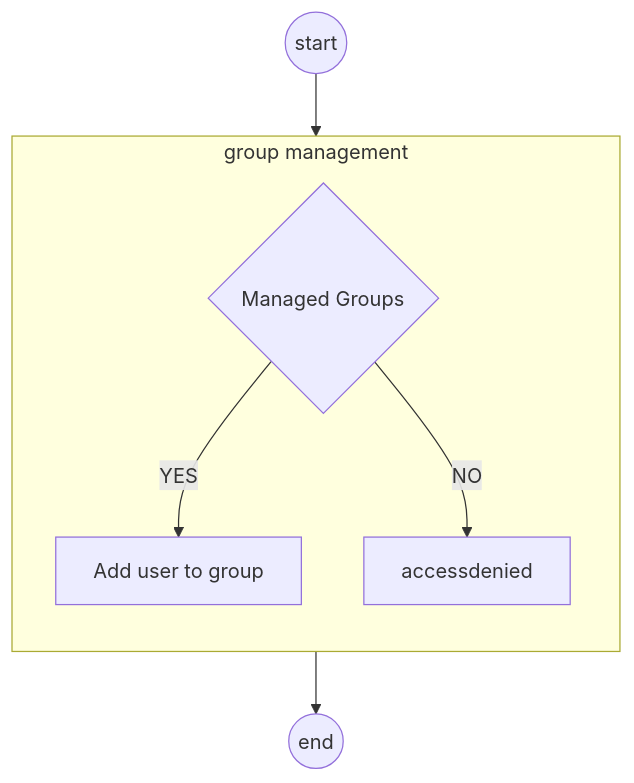
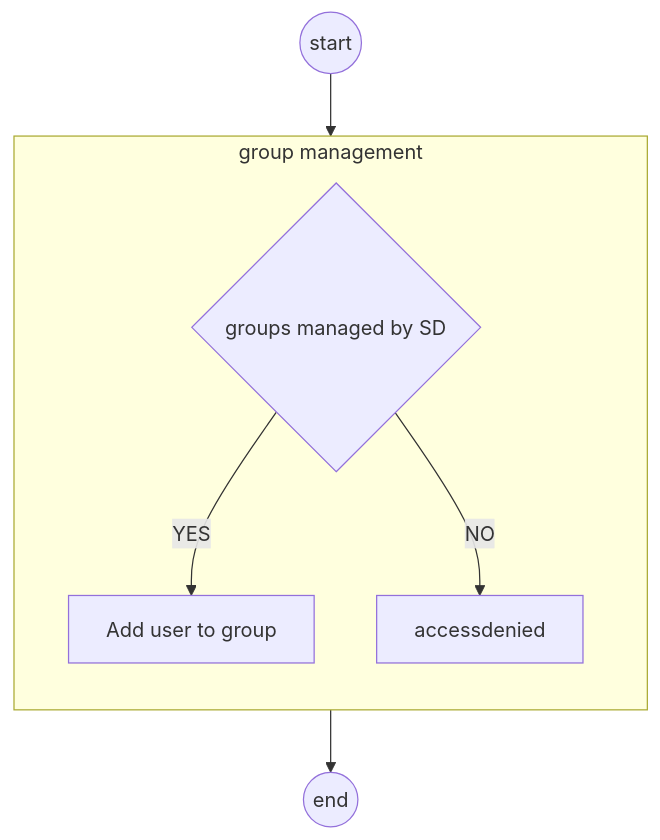
The diagram in Flows/Group-management.md (alexisalexopoulos/adaxes), drawn with Mermaid before and after one commit.

Commit message:
fix: group management

````diff
--- a/Flows/Group-management.md
+++ b/Flows/Group-management.md
@@ -1,12 +1,12 @@
 ```mermaid
 flowchart TB
 %% Nodes
 start((start))
     subgraph group [group management]
     direction TB
-        managedgroup{Managed Groups}-->|YES|add[Add user to group]
-        managedgroup{Managed Groups}-->|NO|accessdenied[accessdenied]
+        managedgroup{groups managed by SD}-->|YES|add[Add user to group]
+        managedgroup{groups managed by SD}-->|NO|accessdenied[accessdenied]
     end
 start --> group
 group --> finish((end))
 ```
````
